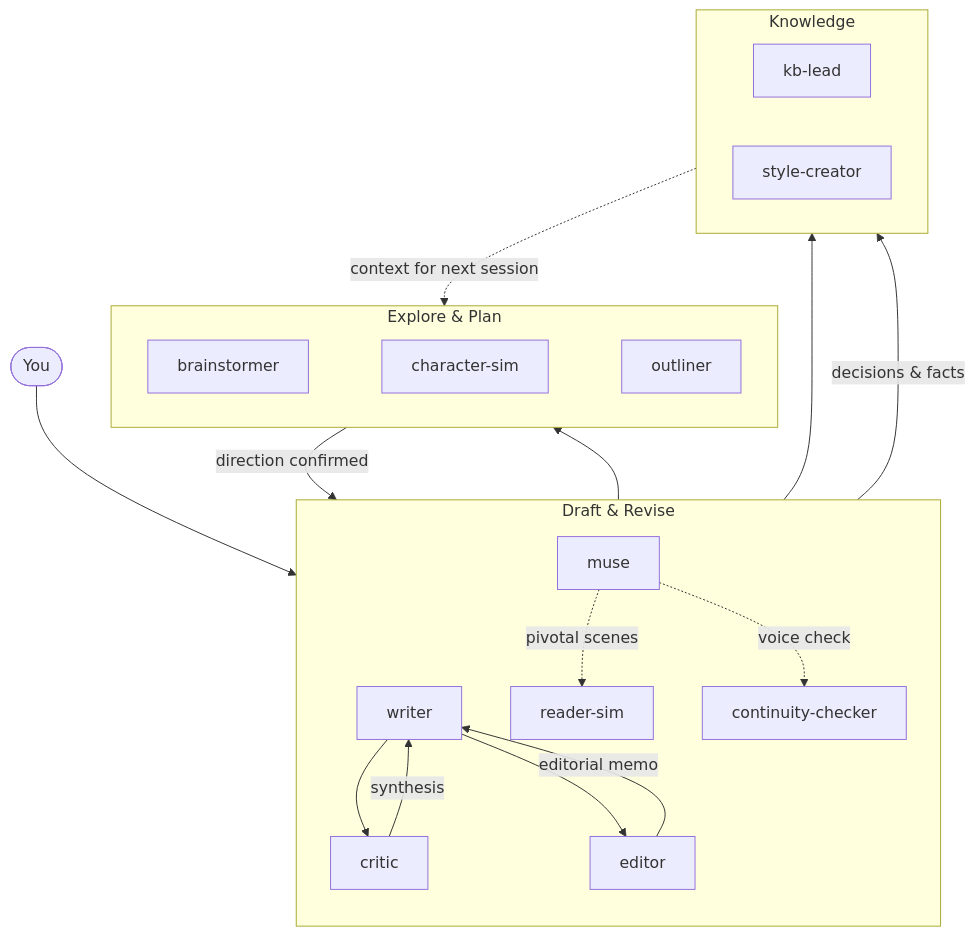
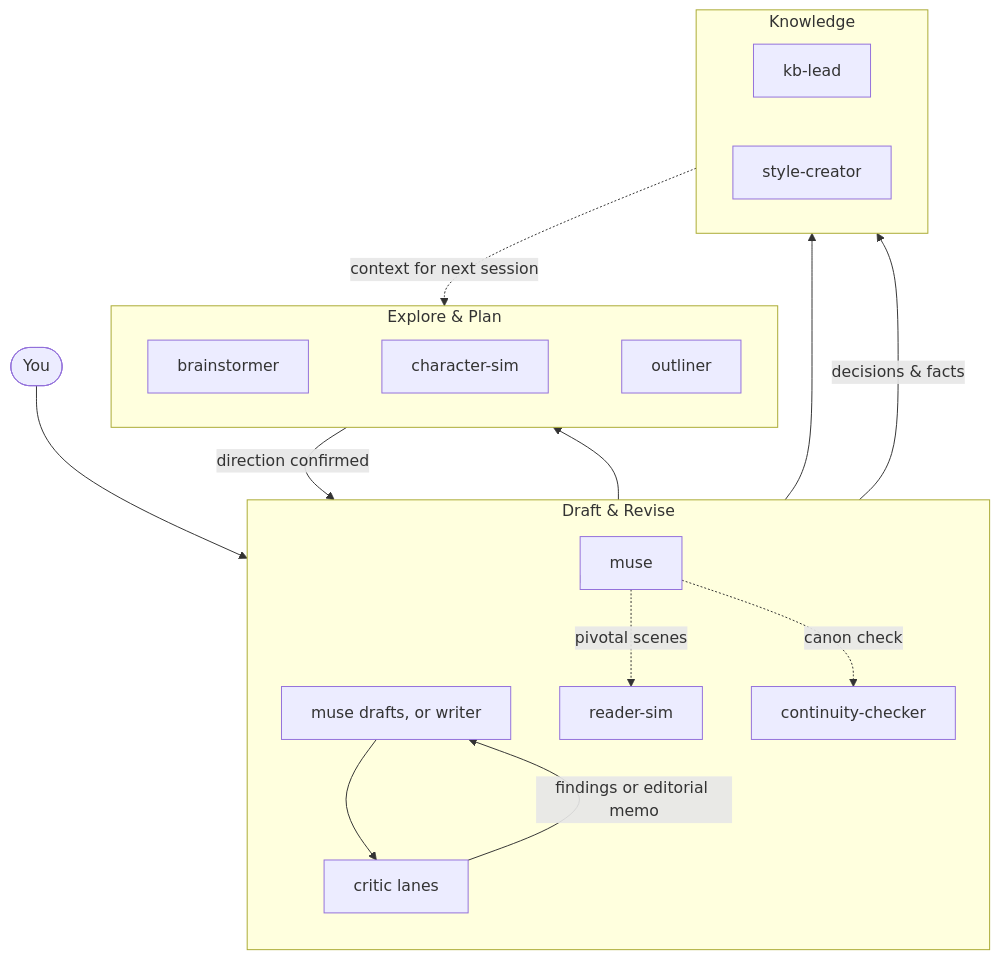
One commit to haowjy/creative-writing-skills changed the diagram in README.md. Above: the diagram before and after it, drawn with Mermaid. The commit also changed other lines of this file and 217 other files, not shown here.

````diff
--- a/README.md
+++ b/README.md
@@ -86,34 +86,32 @@
 ```mermaid
 flowchart TB
     You([You]) --> M[muse]
 
     M --> Explore
     M --> Draft
     M --> Maintain
 
     subgraph Explore ["Explore & Plan"]
         direction LR
         B[brainstormer] ~~~ CS[character-sim]
         CS ~~~ O[outliner]
     end
 
     subgraph Draft ["Draft & Revise"]
         direction TB
-        W[writer] --> CR[critic]
-        W --> ED[editor]
-        CR -->|synthesis| W
-        ED -->|editorial memo| W
+        W[muse drafts, or writer] --> CR[critic lanes]
+        CR -->|findings or editorial memo| W
         M -.->|pivotal scenes| RS[reader-sim]
-        M -.->|voice check| CC[continuity-checker]
+        M -.->|canon check| CC[continuity-checker]
     end
 
     subgraph Maintain ["Knowledge"]
         direction LR
         KL[kb-lead]
         SC[style-creator]
     end
 
     Explore -->|direction confirmed| Draft
     Draft -->|decisions & facts| Maintain
     Maintain -.->|context for next session| Explore
 ```
````
